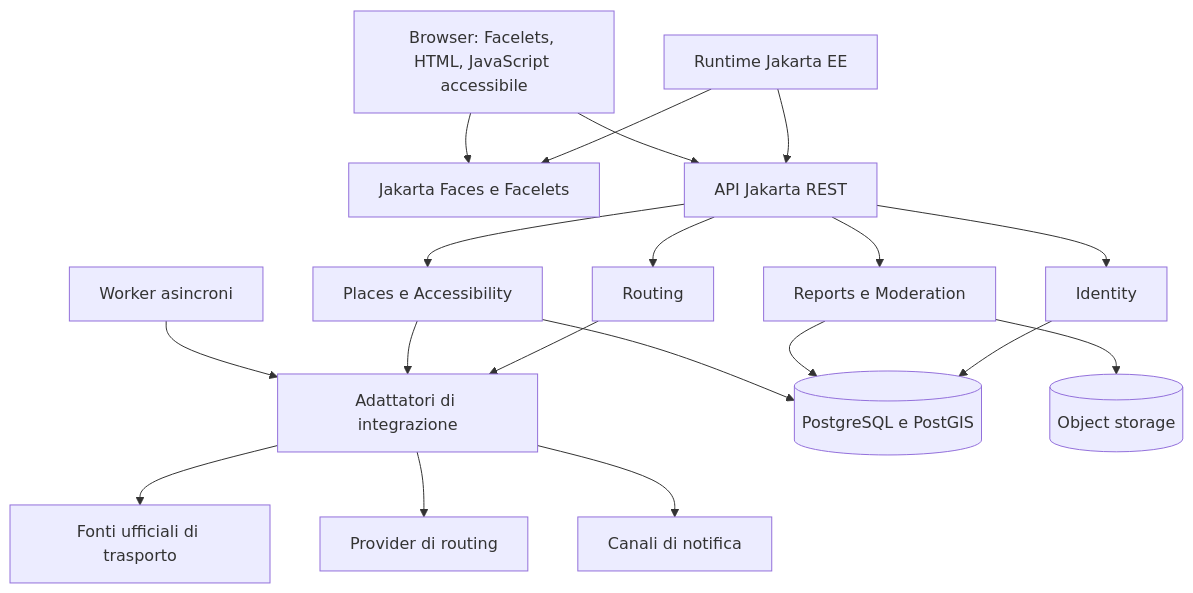
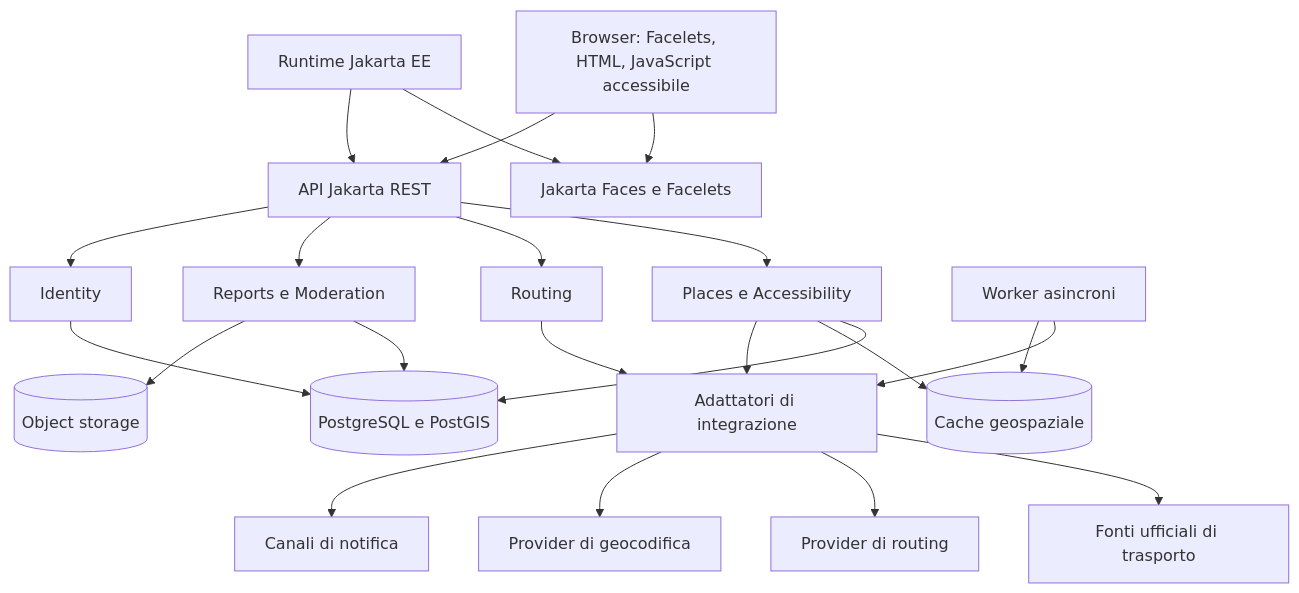
The diagram in docs/SDD.md (andreaplini/aegis), drawn with Mermaid before and after one commit. The commit also changed other lines of this file and 4 other files, not shown here.

Commit message:
docs: apply documentation sprint roadmap

````diff
--- a/docs/SDD.md
+++ b/docs/SDD.md
@@ -112,37 +112,42 @@
 ```mermaid
 flowchart TB
   Browser[Browser: Facelets, HTML, JavaScript accessibile]
   Runtime[Runtime Jakarta EE]
   Faces[Jakarta Faces e Facelets]
   Rest[API Jakarta REST]
   Places[Places e Accessibility]
   Routing[Routing]
   Reports[Reports e Moderation]
   Identity[Identity]
   Worker[Worker asincroni]
   Integrations[Adattatori di integrazione]
   Database[(PostgreSQL e PostGIS)]
   Storage[(Object storage)]
+  Cache[(Cache geospaziale)]
   Transit[Fonti ufficiali di trasporto]
   RouteProvider[Provider di routing]
+  GeoProvider[Provider di geocodifica]
   Notify[Canali di notifica]
 
   Browser --> Faces
   Browser --> Rest
   Runtime --> Faces
   Runtime --> Rest
   Rest --> Places
   Rest --> Routing
   Rest --> Reports
   Rest --> Identity
   Worker --> Integrations
+  Worker --> Cache
   Places --> Database
+  Places --> Cache
   Reports --> Database
   Identity --> Database
   Reports --> Storage
   Places --> Integrations
   Routing --> Integrations
   Integrations --> Transit
   Integrations --> RouteProvider
+  Integrations --> GeoProvider
   Integrations --> Notify
 ```
````
